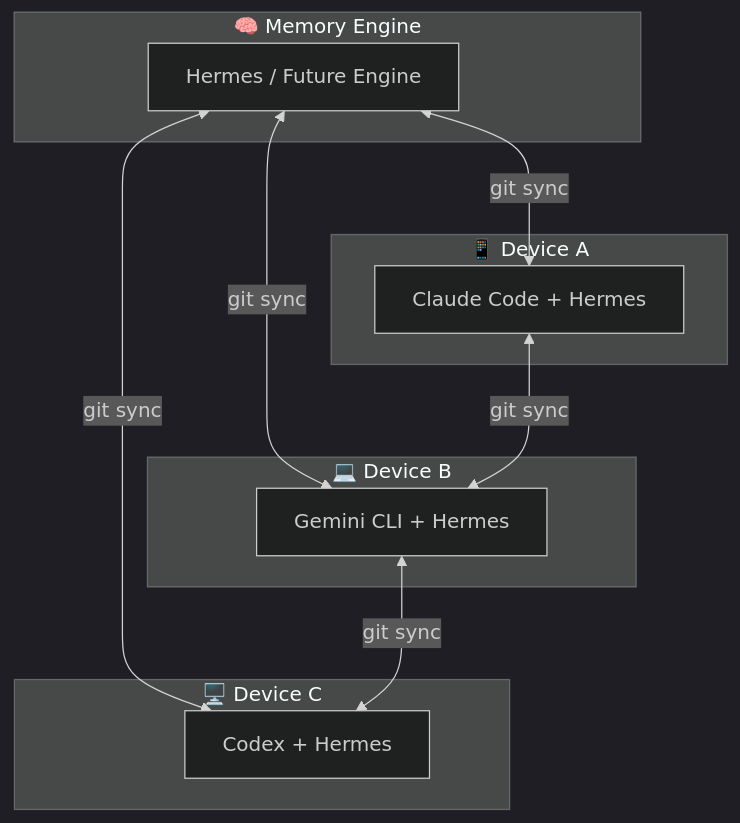
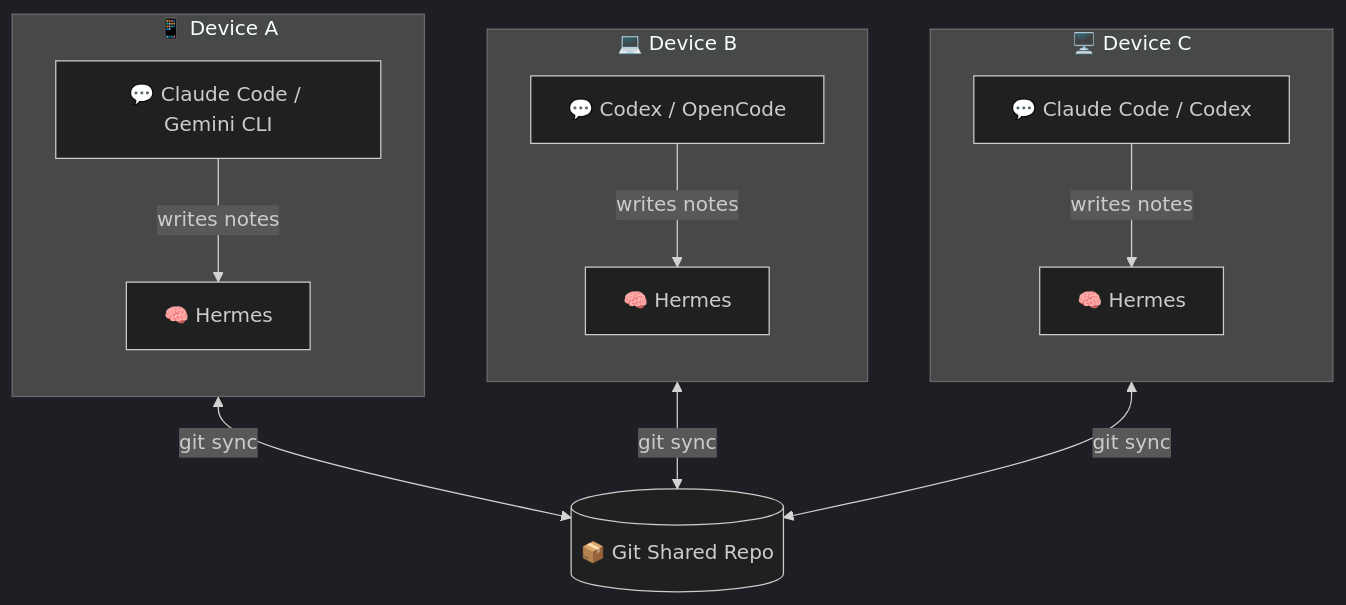
Before and after one commit to atsyty/CortexNexus: the first of 3 diagrams in README.md, drawn with Mermaid (dark theme).

Commit message:
docs: redesign architecture — Git as central hub, tools→Hermes inside each device
Git is now a standalone entity in the center (not arrow labels).
Each device shows its CLI tools writing notes to local Hermes.
Devices sync with Git via bidirectional arrows.

````diff
--- a/README.md
+++ b/README.md
@@ -48,24 +48,29 @@
 ```mermaid
 graph TD
-    subgraph "🧠 Memory Engine"
-        H[Hermes / Future Engine]
+    G[("📦 Git Shared Repo")]
+
+    subgraph A["📱 Device A"]
+        direction TB
+        TA["💬 Claude Code / Gemini CLI"]
+        HA["🧠 Hermes"]
+        TA -->|"writes notes"| HA
     end
 
-    subgraph "📱 Device A"
-        CA[Claude Code + Hermes]
+    subgraph B["💻 Device B"]
+        direction TB
+        TB2["💬 Codex / OpenCode"]
+        HB["🧠 Hermes"]
+        TB2 -->|"writes notes"| HB
     end
 
-    subgraph "💻 Device B"
-        GB[Gemini CLI + Hermes]
+    subgraph C["🖥️ Device C"]
+        direction TB
+        TC["💬 Claude Code / Codex"]
+        HC["🧠 Hermes"]
+        TC -->|"writes notes"| HC
     end
 
-    subgraph "🖥️ Device C"
-        CX[Codex + Hermes]
-    end
-
-    H <-->|git sync| CA
-    H <-->|git sync| GB
-    H <-->|git sync| CX
-    CA <-->|git sync| GB
-    GB <-->|git sync| CX
+    A <-->|"git sync"| G
+    B <-->|"git sync"| G
+    C <-->|"git sync"| G
 ```
````
